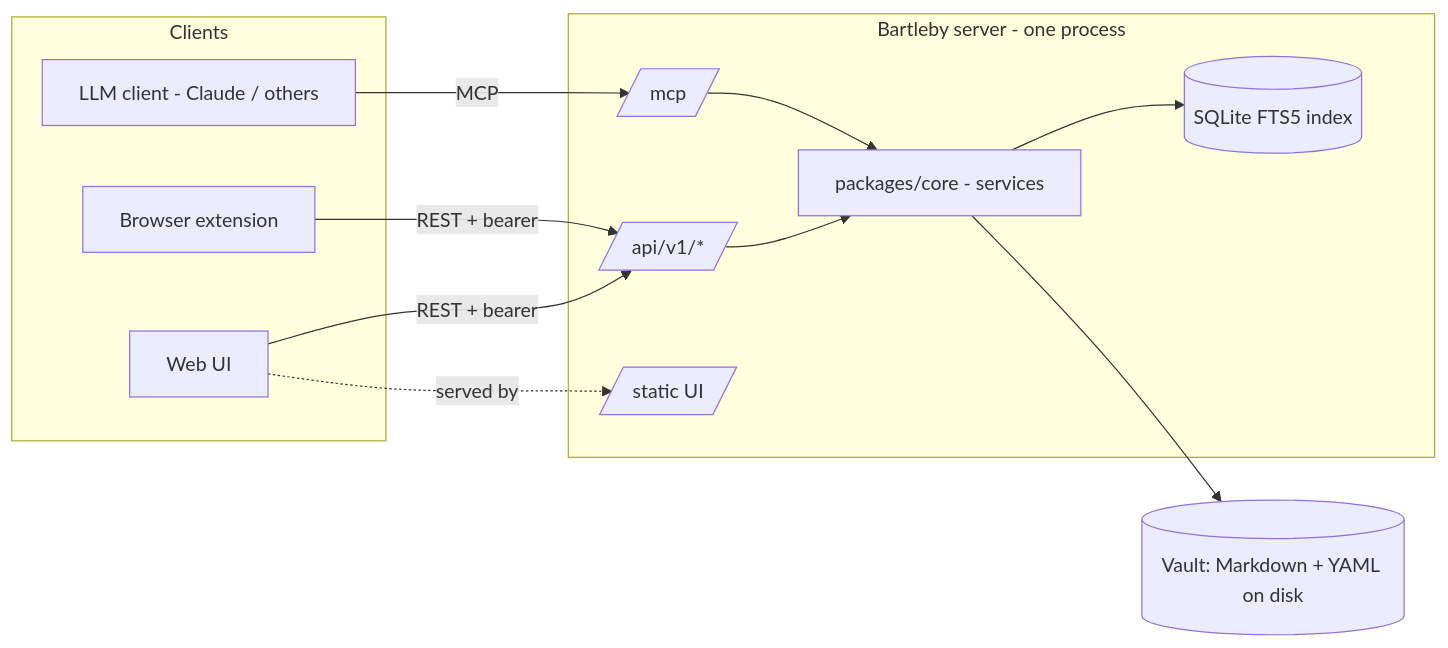
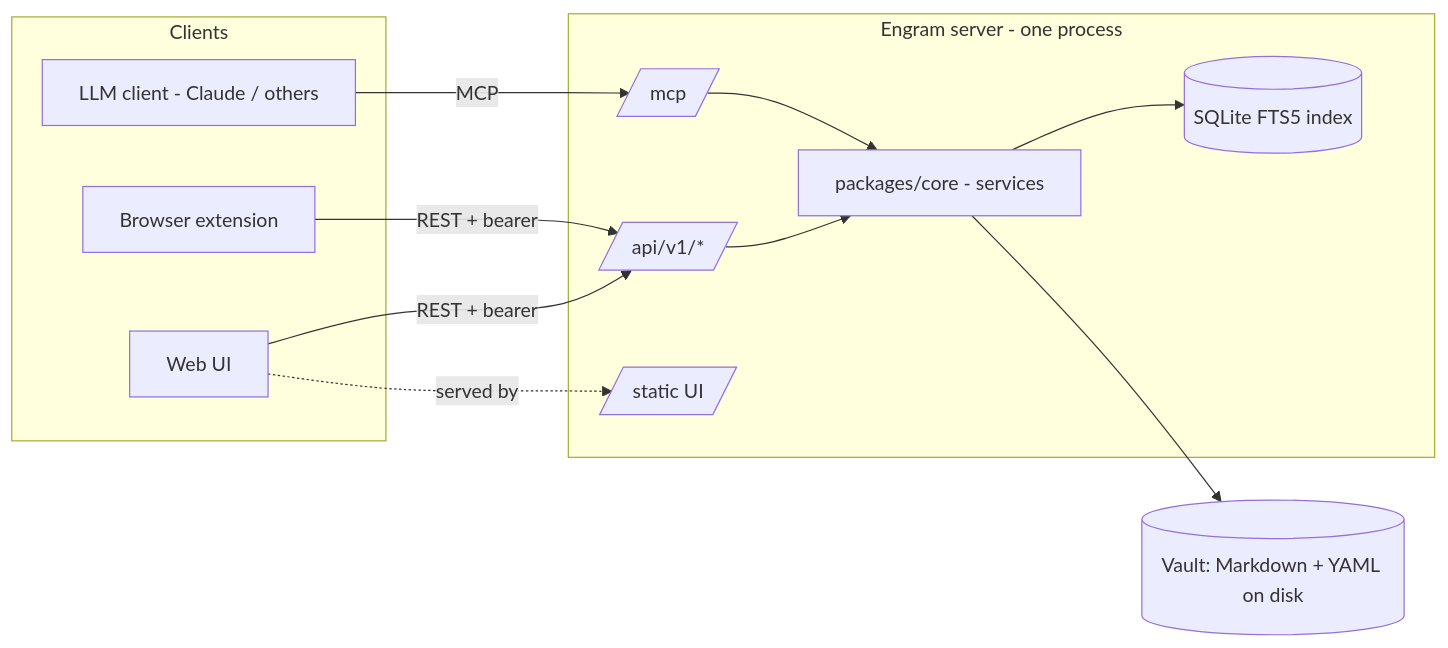
One commit to t11z/engram changed the diagram in docs/IMPLEMENTATION_PLAN.md. Above: the diagram before and after it, drawn with Mermaid. The commit also changed other lines of this file and 105 other files, not shown here.

First line of the commit message:
refactor!: rename project from Bartleby to Engram

````diff
--- a/docs/IMPLEMENTATION_PLAN.md
+++ b/docs/IMPLEMENTATION_PLAN.md
@@ -45,25 +45,25 @@
 ```mermaid
 flowchart LR
   subgraph clients [Clients]
     L[LLM client - Claude / others]
     E[Browser extension]
     W[Web UI]
   end
-  subgraph server [Bartleby server - one process]
+  subgraph server [Engram server - one process]
     MCP[/mcp/]
     REST[/api/v1/*/]
     STATIC[/ static UI/]
     CORE[packages/core - services]
     IDX[(SQLite FTS5 index)]
   end
   V[(Vault: Markdown + YAML on disk)]
 
   L -->|MCP| MCP
   E -->|REST + bearer| REST
   W -->|REST + bearer| REST
   W -. served by .-> STATIC
   MCP --> CORE
   REST --> CORE
   CORE --> V
   CORE --> IDX
 ```
````
